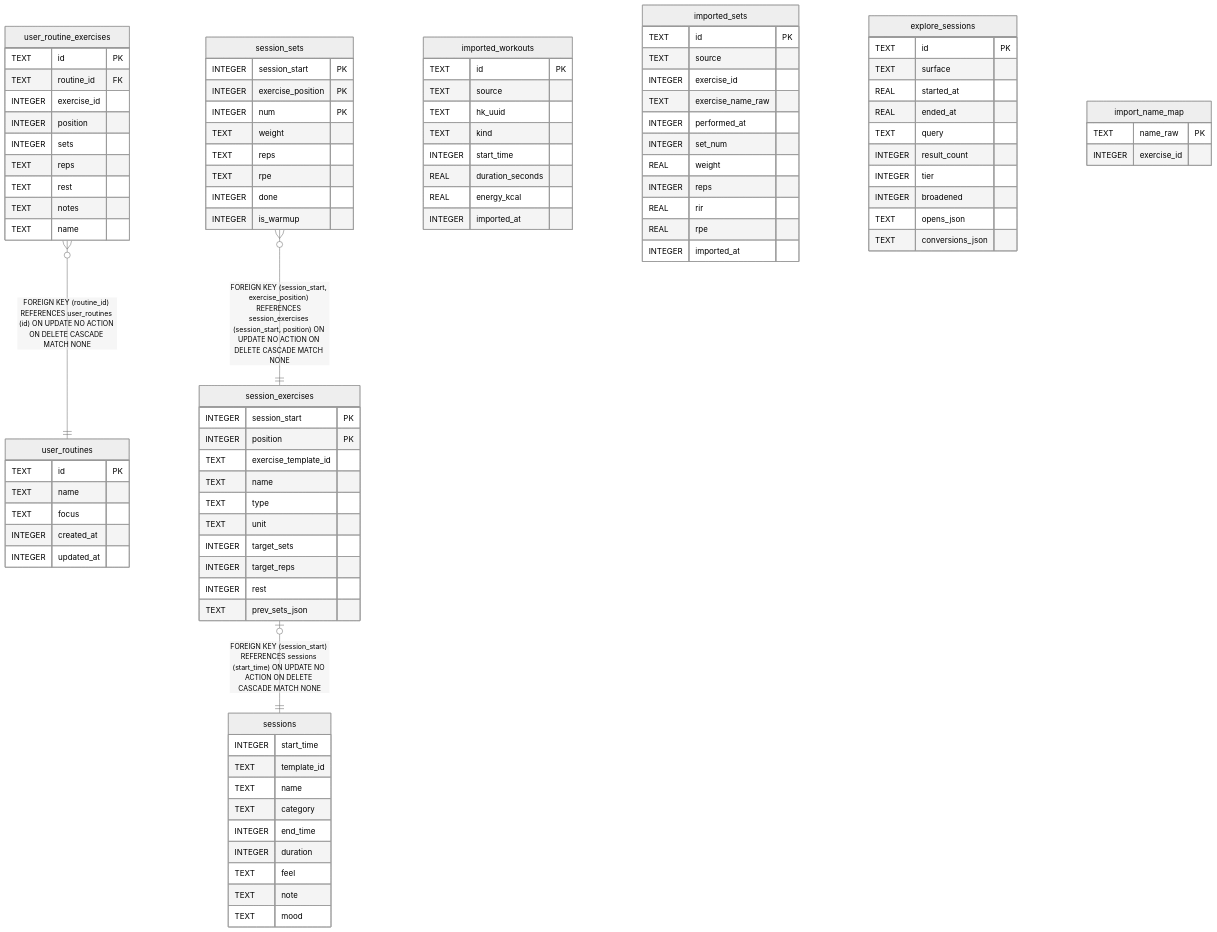
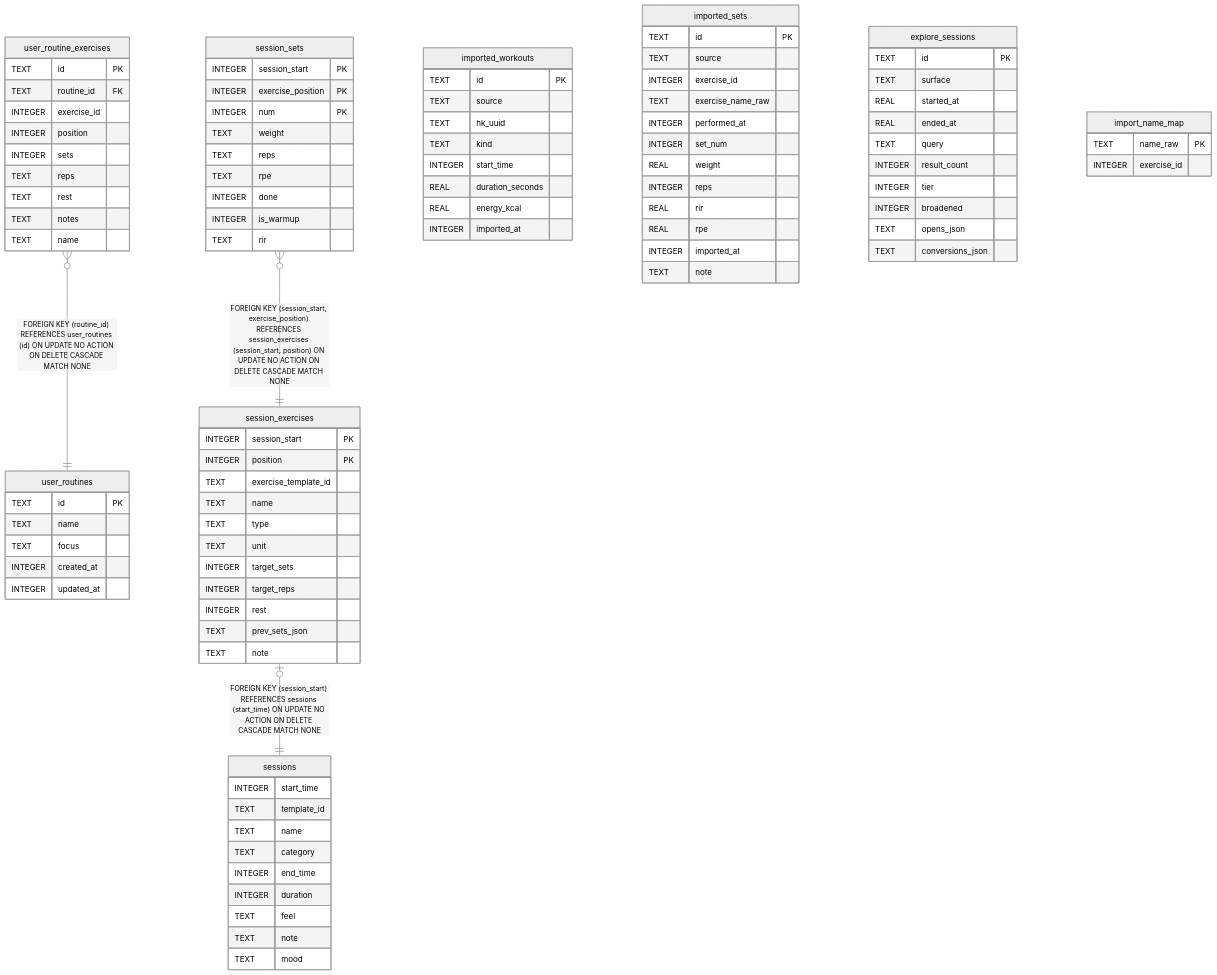
One commit to wilburwing-art/phase-training2 changed the diagram in docs/schema/user/README.md. Above: the diagram before and after it, drawn with Mermaid (neutral theme). The commit also changed other lines of this file and 11 other files, not shown here.

Commit message:
skills, docs: gap backlog progress, search and UI-test notes, schema docs

```diff
--- a/docs/schema/user/README.md
+++ b/docs/schema/user/README.md
@@ -67,6 +67,7 @@
   INTEGER target_reps
   INTEGER rest
   TEXT prev_sets_json
+  TEXT note
 }
 "session_sets" {
   INTEGER session_start PK
@@ -77,6 +78,7 @@
   TEXT rpe
   INTEGER done
   INTEGER is_warmup
+  TEXT rir
 }
 "imported_workouts" {
   TEXT id PK
@@ -100,6 +102,7 @@
   REAL rir
   REAL rpe
   INTEGER imported_at
+  TEXT note
 }
 "explore_sessions" {
   TEXT id PK
```
